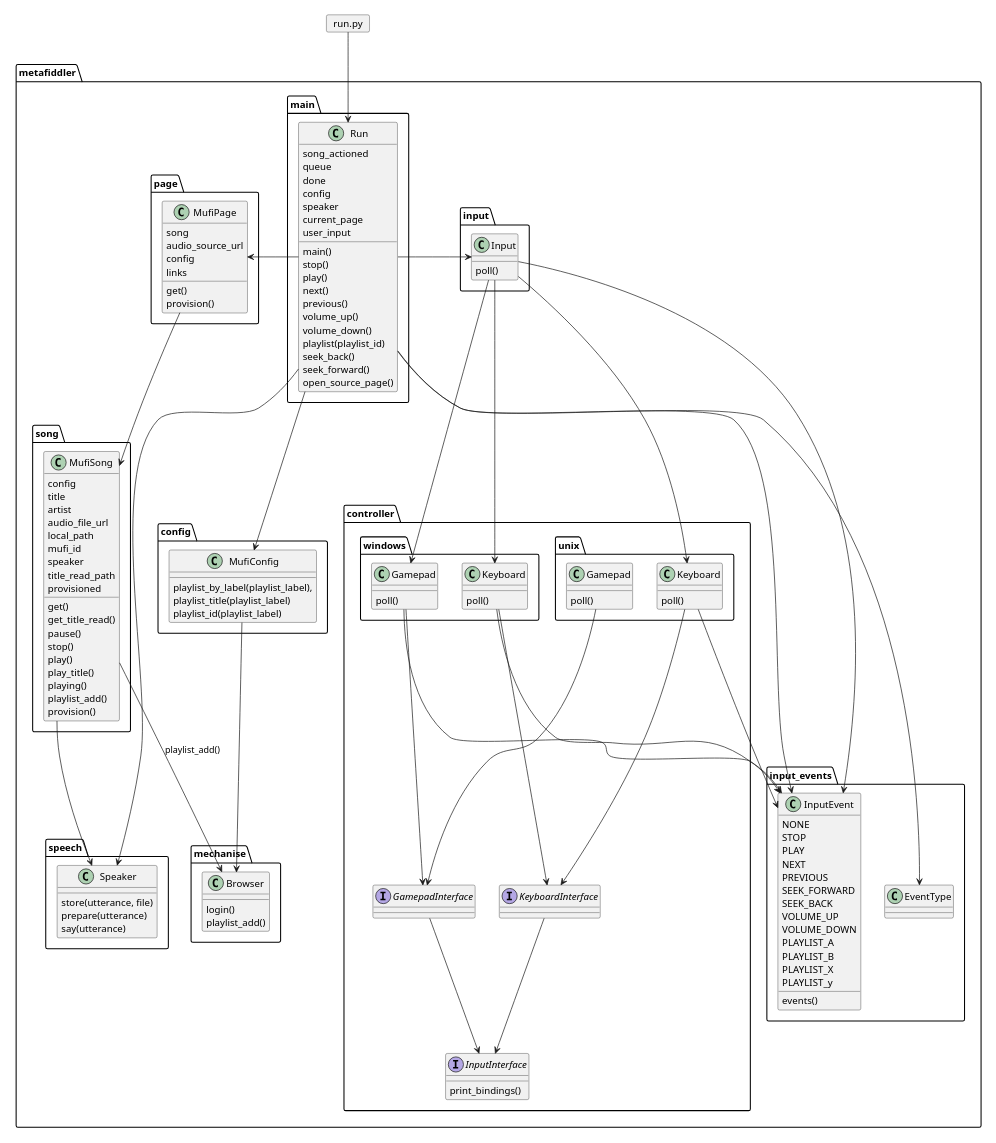
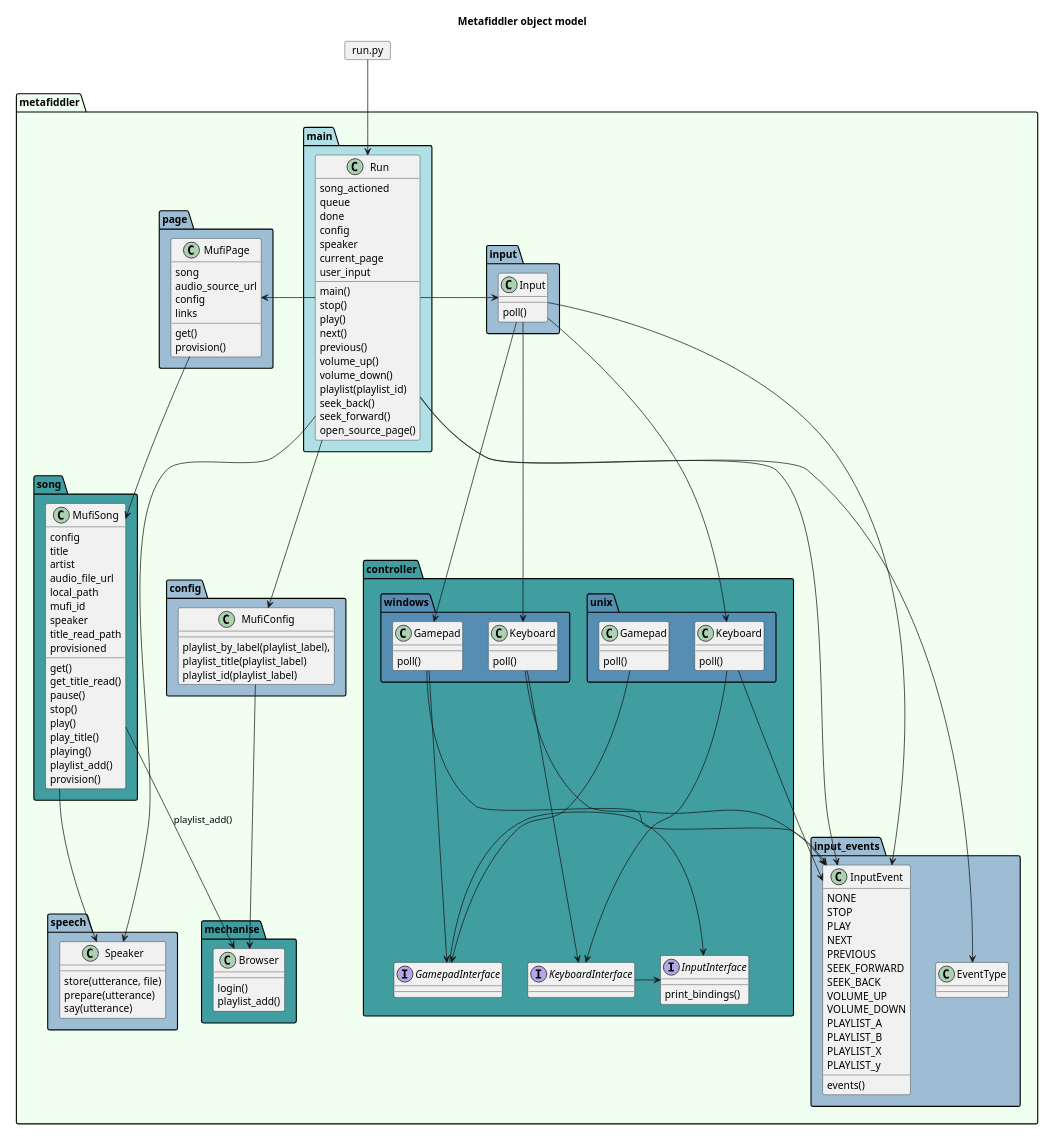
The diagram in docs/object-relation.puml (wmpollock/metafiddler), drawn with PlantUML before and after one commit.

Commit message:
Everything looks snazzier when wired for color Lean on a little graphical design theory:  color is a way of grouping and providing visual heirarchy, things humans value.

```diff
--- a/docs/object-relation.puml
+++ b/docs/object-relation.puml
@@ -1,178 +1,186 @@
 @startuml
+
+title Metafiddler object model
 
 scale 1024 width 
 scale 768 height 
 '  Please, humans ...
 allowmixing
 
-package metafiddler {
+' First order module: #HoneyDew
+' Second order: #PowderBlue
+' Third order: #9cbdd3
+' Fourth order: #409da0
+' Fifth order: #568eb3
 
-  package main {
+package metafiddler #HoneyDew {
+
+  package main #PowderBlue {
     class Run {
       song_actioned
       queue
       done
       config
       speaker
       current_page
       user_input
       main()
       stop()
       play()
       next()
       previous()
       volume_up()
       volume_down()
       playlist(playlist_id)
       seek_back()
       seek_forward()
       open_source_page()
   } 
 }
 
   
-  package config {
+  package config #9cbdd3 {
     class MufiConfig {
       playlist_by_label(playlist_label),
       playlist_title(playlist_label)
       playlist_id(playlist_label)
     }
   }
-  package input {
+  package input #9cbdd3 {
     Input : poll()  
   }
 
   
 
-  package input_events {
+  package input_events #9cbdd3 {
     class EventType
     class InputEvent {
       NONE
       STOP
       PLAY
       NEXT
       PREVIOUS
       SEEK_FORWARD  
       SEEK_BACK
       VOLUME_UP
       VOLUME_DOWN
       PLAYLIST_A
       PLAYLIST_B
       PLAYLIST_X
       PLAYLIST_y
       events()
     }
   }
-  package mechanise {
+  package mechanise #409da0 {
     class Browser {
       login()
       playlist_add()
     }
   }
-  package page {
+  package page #9cbdd3 {
     class MufiPage {
         song
         audio_source_url
         config
         links
         get()
         provision()
     }
   }
- package song {
+ package song #409da0 {
     class MufiSong {
       config
       title
       artist
       audio_file_url
       local_path
       mufi_id
       speaker
       title_read_path
       provisioned
       get()
       get_title_read()
       pause()
       stop()
       play()
       play_title()
       playing()
       playlist_add()
       provision()
     }
     MufiSong --> Browser : playlist_add()
    }
   
-  package speech {
+  package speech #9cbdd3 {
     class Speaker {
       store(utterance, file)
       prepare(utterance)
       say(utterance)
     }
   }
 
-  package controller {
+  package controller #409da0 {
     interface InputInterface {
       print_bindings()
     }
     interface KeyboardInterface {
       
     }
     interface GamepadInterface {
       
     }
 
-    KeyboardInterface --> InputInterface
-    GamepadInterface --> InputInterface
+    KeyboardInterface -> InputInterface
+    GamepadInterface -> InputInterface
 
-    package windows {
+    package windows #568eb3 {
       class Keyboard {
         poll()
       }
       
       Keyboard --> KeyboardInterface
       class Gamepad {
         poll()
       }
       Gamepad --> GamepadInterface
     }   
-    package unix {
+    package unix #568eb3 {
       class "Keyboard" as kbdunix {
         poll()
       }
       kbdunix -> KeyboardInterface 
       class "Gamepad" as gamepadlinux {
         poll()
       }
       gamepadlinux --> GamepadInterface
       
       
     }   
 
   }
 }
 
 card "run.py" as run
 run --> Run 
 MufiConfig --> Browser
 
 Run -> MufiPage
 Run --> Speaker
 Run --> InputEvent
 Run --> EventType
 Run -> MufiConfig 
 Run -> Input
 
 Input --> InputEvent
 Input --> Keyboard
 Input --> Gamepad
 Input --> kbdunix
 
-Keyboard-->InputEvent
+Keyboard->InputEvent
 Gamepad-->InputEvent
 kbdunix-->InputEvent
 
 MufiPage --> MufiSong
 MufiSong --> Speaker
 
 @enduml
```
